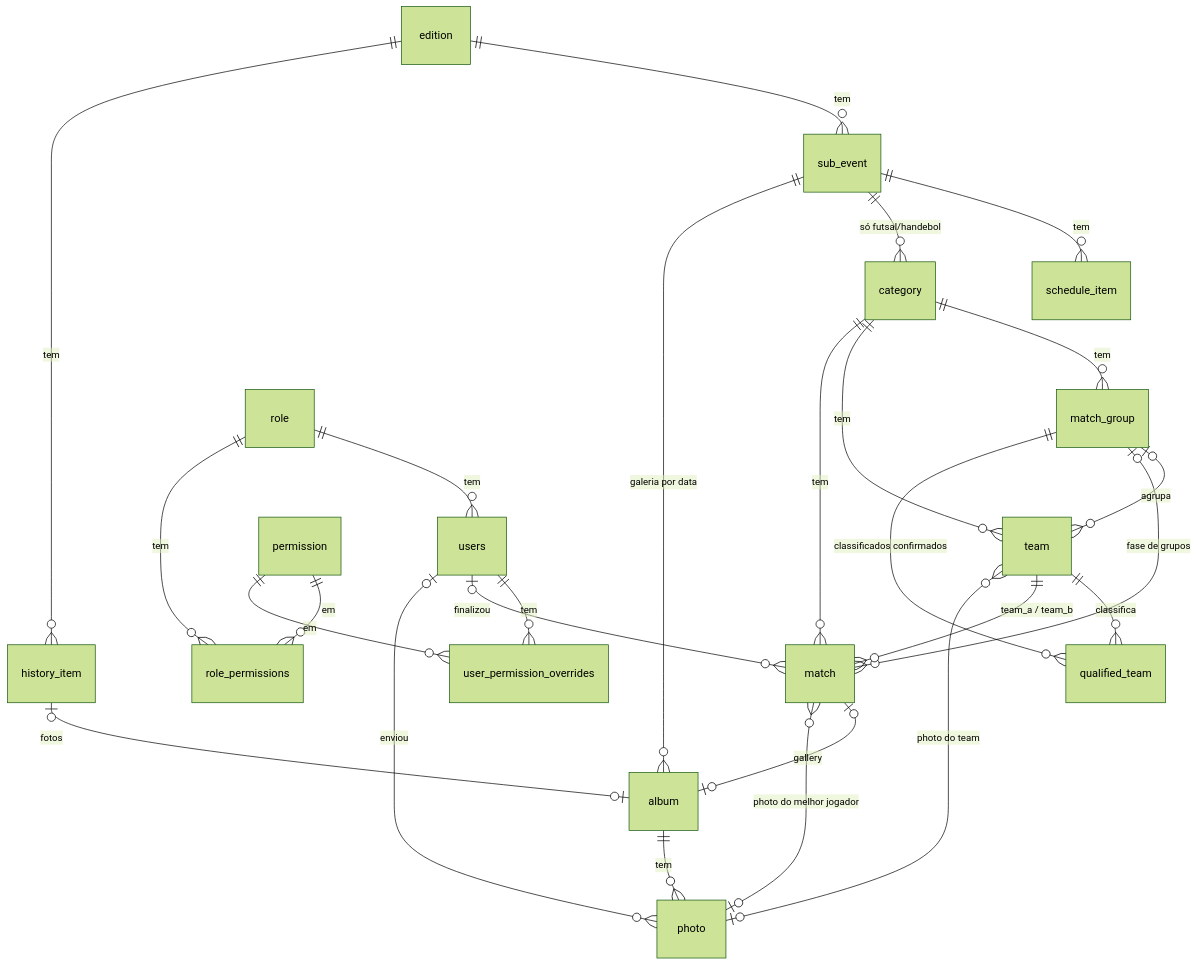
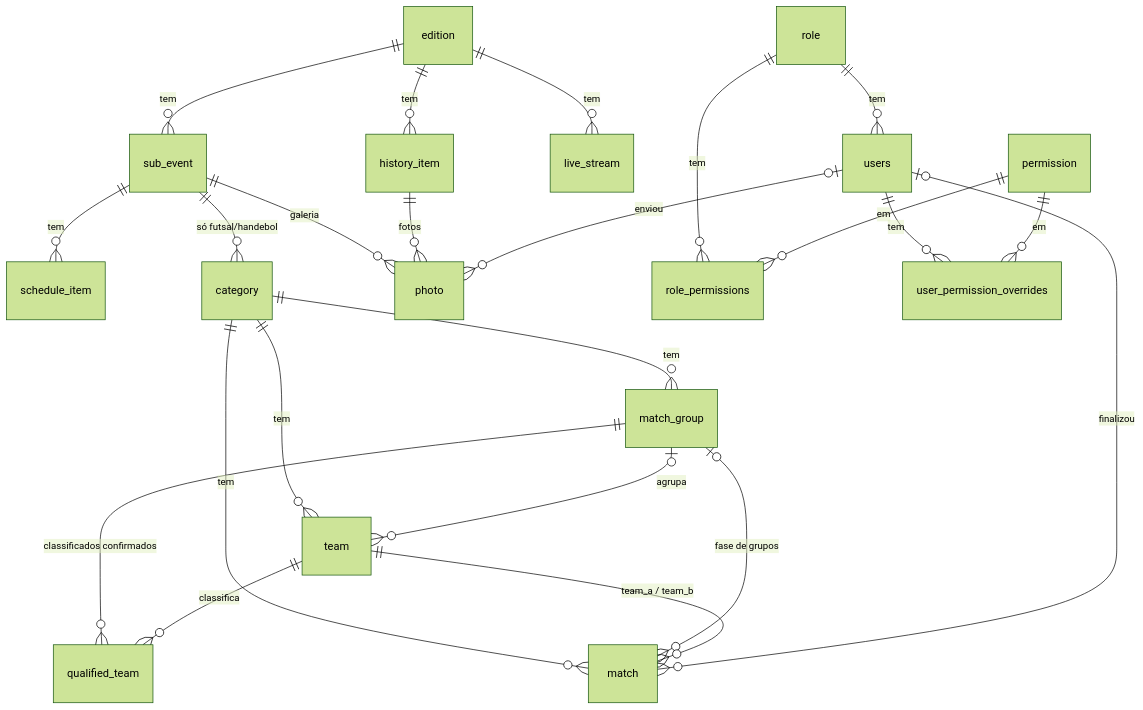
One commit to devLuanPaiva/festividade-vicosa changed the diagram in core/07-modelo-dados.md. Above: the diagram before and after it, drawn with Mermaid (forest theme). The commit also changed other lines of this file and 5 other files, not shown here.

````diff
--- a/core/07-modelo-dados.md
+++ b/core/07-modelo-dados.md
@@ -17,28 +17,25 @@
 ```mermaid
 erDiagram
   edition ||--o{ sub_event : tem
   edition ||--o{ history_item : tem
   sub_event ||--o{ schedule_item : tem
   sub_event ||--o{ category : "só futsal/handebol"
-  sub_event ||--o{ album : "galeria por data"
+  sub_event ||--o{ photo : "galeria"
+  edition ||--o{ live_stream : tem
   category ||--o{ match_group : tem
   category ||--o{ team : tem
   category ||--o{ match : tem
   match_group |o--o{ team : agrupa
   match_group |o--o{ match : "fase de grupos"
   match_group ||--o{ qualified_team : "classificados confirmados"
   team ||--o{ qualified_team : classifica
   team ||--o{ match : "team_a / team_b"
-  match |o--o| album : gallery
-  history_item |o--o| album : fotos
-  album ||--o{ photo : tem
-  photo |o--o{ team : "photo do team"
-  photo |o--o{ match : "photo do melhor jogador"
+  history_item ||--o{ photo : fotos
   role ||--o{ users : tem
   role ||--o{ role_permissions : tem
   permission ||--o{ role_permissions : em
   users ||--o{ user_permission_overrides : tem
   permission ||--o{ user_permission_overrides : em
   users |o--o{ match : finalizou
   users |o--o{ photo : enviou
 ```
````
